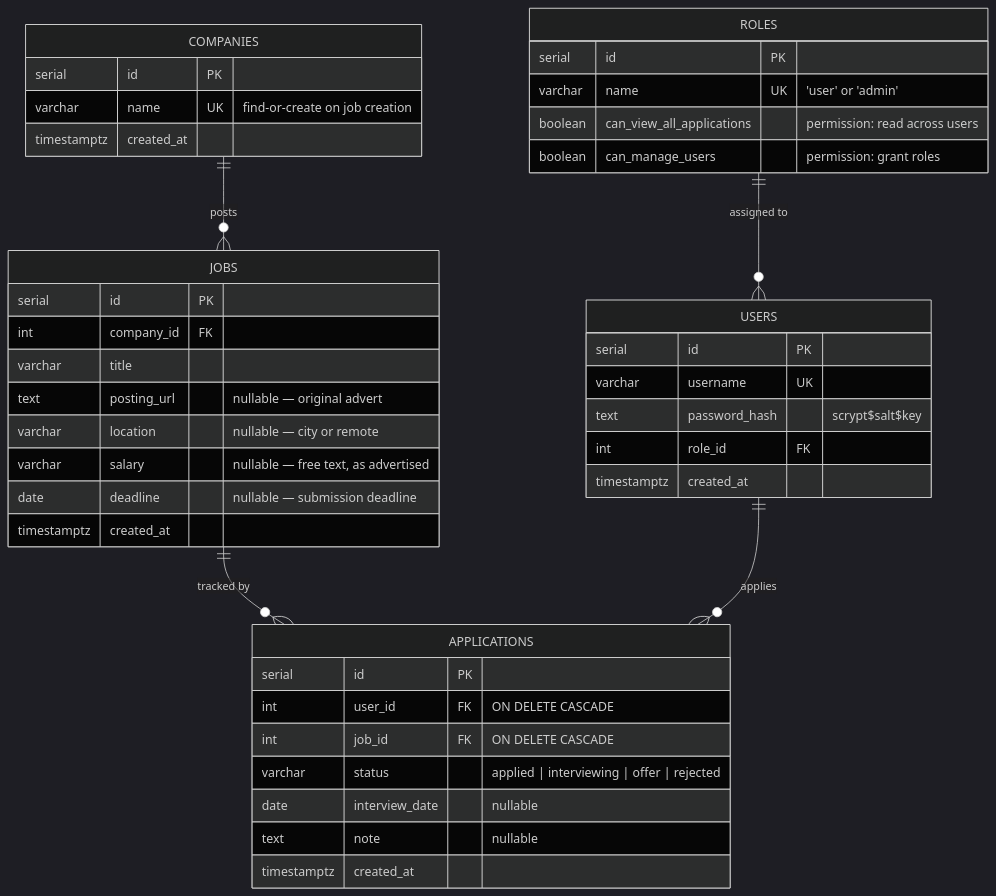
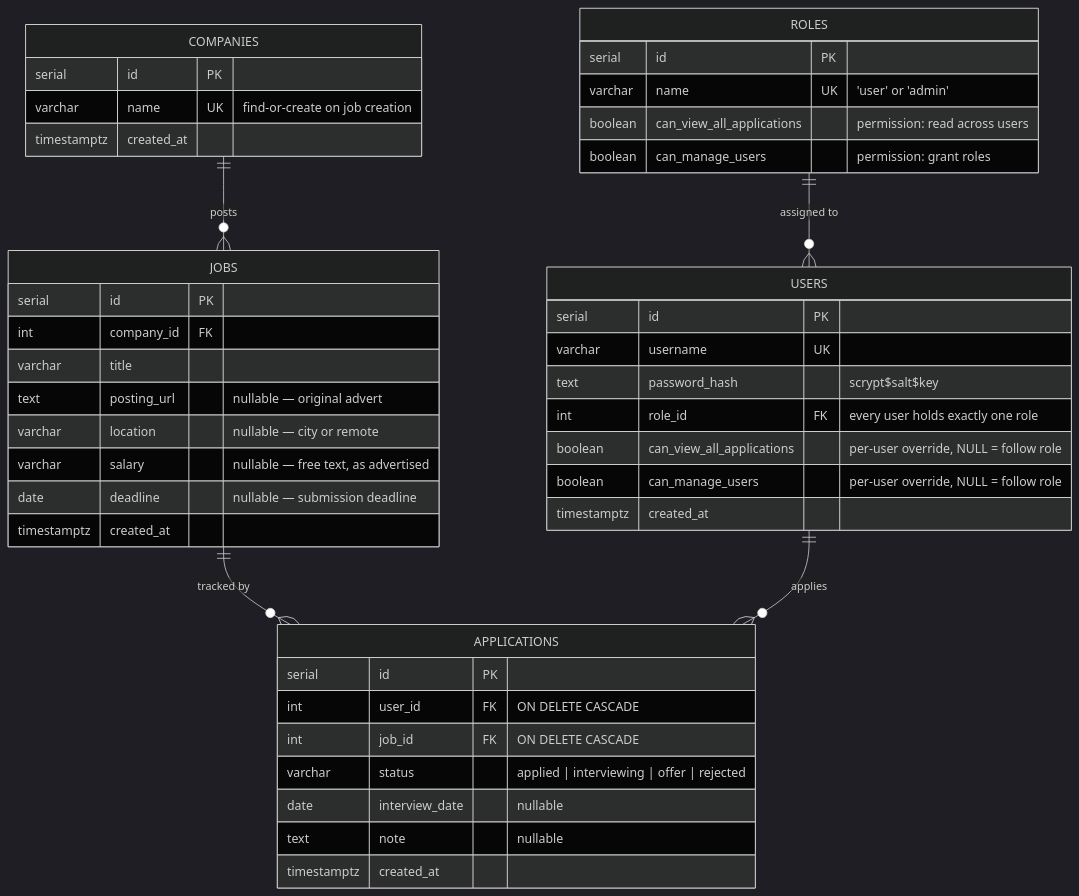
The diagram in docs/erd.md (RW918/ERB_Group_Project), drawn with Mermaid (dark theme) before and after one commit. The commit also changed other lines of this file and 8 other files, not shown here.

First line of the commit message:
schema: concise init migration, per-user permission overrides, full demo seed (#31)

````diff
--- a/docs/erd.md
+++ b/docs/erd.md
@@ -7,49 +7,51 @@
 ```mermaid
 erDiagram
     COMPANIES ||--o{ JOBS : "posts"
     JOBS ||--o{ APPLICATIONS : "tracked by"
     USERS ||--o{ APPLICATIONS : "applies"
     ROLES ||--o{ USERS : "assigned to"
 
     ROLES {
         serial id PK
         varchar name UK "'user' or 'admin'"
         boolean can_view_all_applications "permission: read across users"
         boolean can_manage_users "permission: grant roles"
     }
 
     USERS {
         serial id PK
         varchar username UK
         text password_hash "scrypt$salt$key"
-        int role_id FK
+        int role_id FK "every user holds exactly one role"
+        boolean can_view_all_applications "per-user override, NULL = follow role"
+        boolean can_manage_users "per-user override, NULL = follow role"
         timestamptz created_at
     }
 
     COMPANIES {
         serial id PK
         varchar name UK "find-or-create on job creation"
         timestamptz created_at
     }
 
     JOBS {
         serial id PK
         int company_id FK
         varchar title
         text posting_url "nullable — original advert"
         varchar location "nullable — city or remote"
         varchar salary "nullable — free text, as advertised"
         date deadline "nullable — submission deadline"
         timestamptz created_at
     }
 
     APPLICATIONS {
         serial id PK
         int user_id FK "ON DELETE CASCADE"
         int job_id FK "ON DELETE CASCADE"
         varchar status "applied | interviewing | offer | rejected"
         date interview_date "nullable"
         text note "nullable"
         timestamptz created_at
     }
 ```
````
